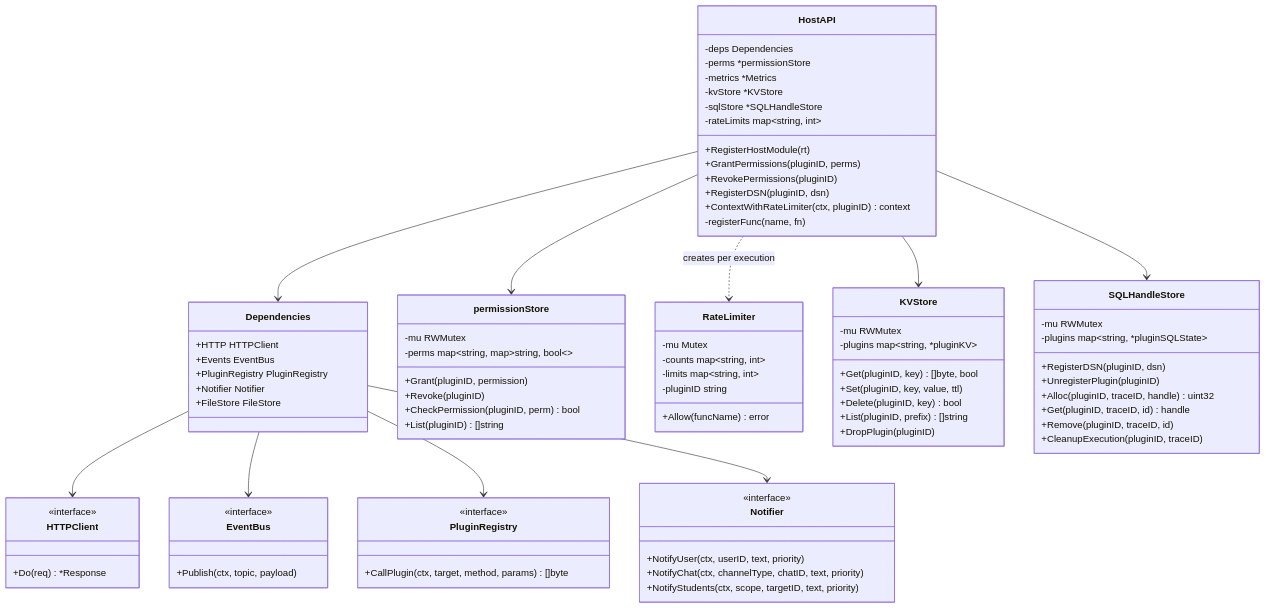
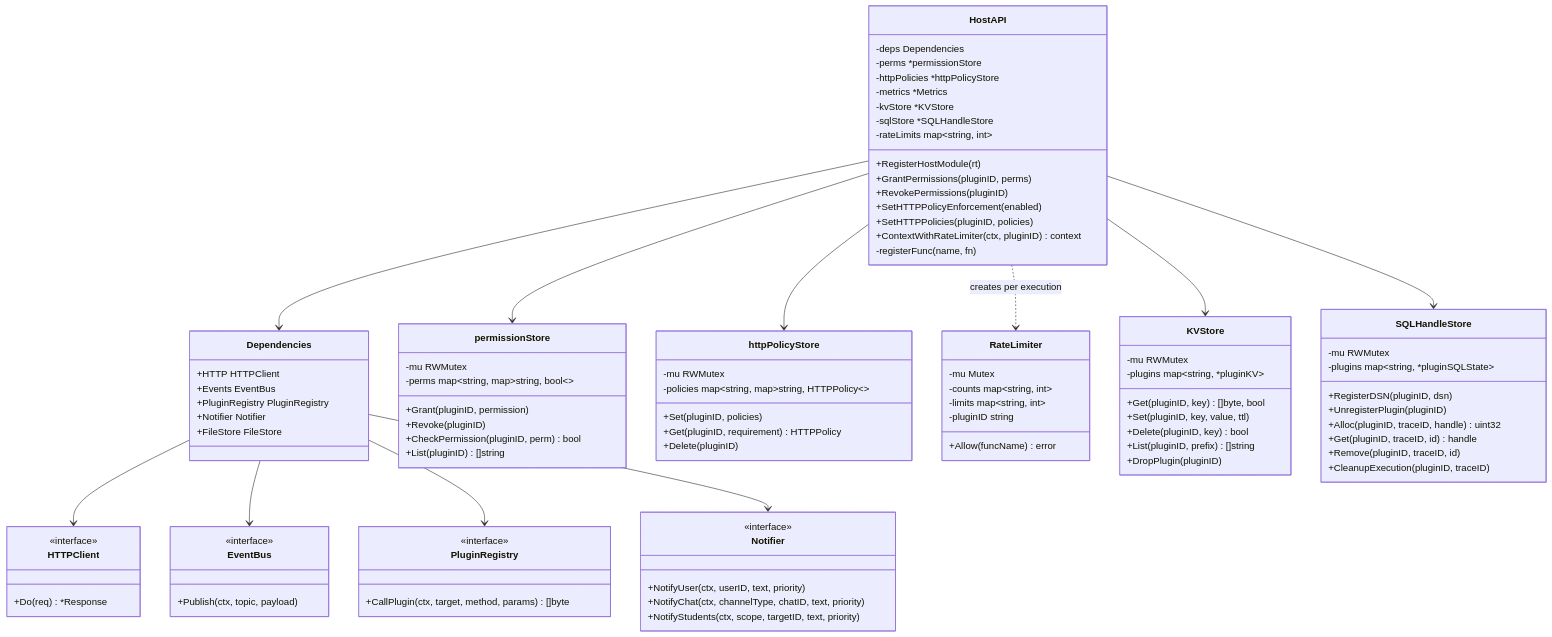
The first of 5 diagrams in web/docs/architecture/hostapi.md (StaZisS/SuperBotGo), drawn with Mermaid before and after one commit. The commit also changed other lines of this file and 65 other files, not shown here.

```diff
--- a/web/docs/architecture/hostapi.md
+++ b/web/docs/architecture/hostapi.md
@@ -13,6 +19,7 @@
     class HostAPI {
         -deps Dependencies
         -perms *permissionStore
+        -httpPolicies *httpPolicyStore
         -metrics *Metrics
         -kvStore *KVStore
         -sqlStore *SQLHandleStore
@@ -20,7 +27,8 @@
         +RegisterHostModule(rt)
         +GrantPermissions(pluginID, perms)
         +RevokePermissions(pluginID)
-        +RegisterDSN(pluginID, dsn)
+        +SetHTTPPolicyEnforcement(enabled)
+        +SetHTTPPolicies(pluginID, policies)
         +ContextWithRateLimiter(ctx, pluginID) context
         -registerFunc(name, fn)
     }
@@ -64,6 +72,14 @@
         +List(pluginID) []string
     }
 
+    class httpPolicyStore {
+        -mu RWMutex
+        -policies map~string, map~string, HTTPPolicy~~
+        +Set(pluginID, policies)
+        +Get(pluginID, requirement) HTTPPolicy
+        +Delete(pluginID)
+    }
+
     class RateLimiter {
         -mu Mutex
         -counts map~string, int~
@@ -96,6 +112,7 @@
     %% Relationships
     HostAPI --> Dependencies
     HostAPI --> permissionStore
+    HostAPI --> httpPolicyStore
     HostAPI --> KVStore
     HostAPI --> SQLHandleStore
 
```
